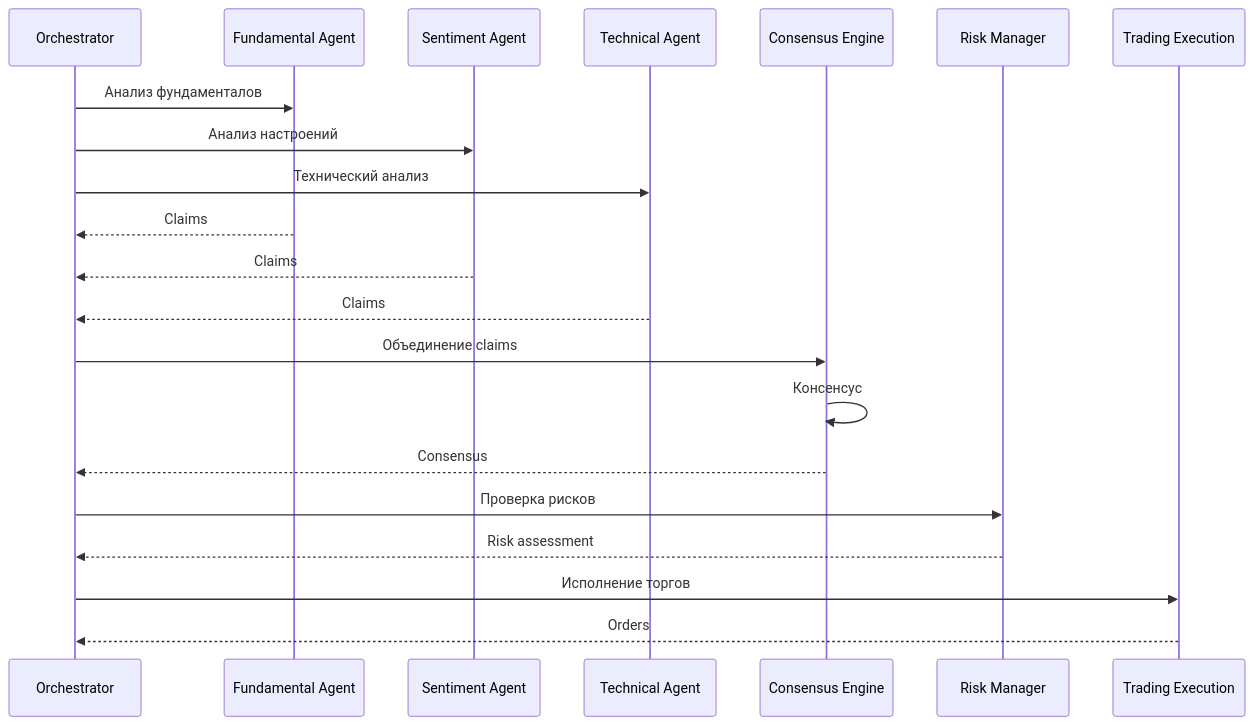
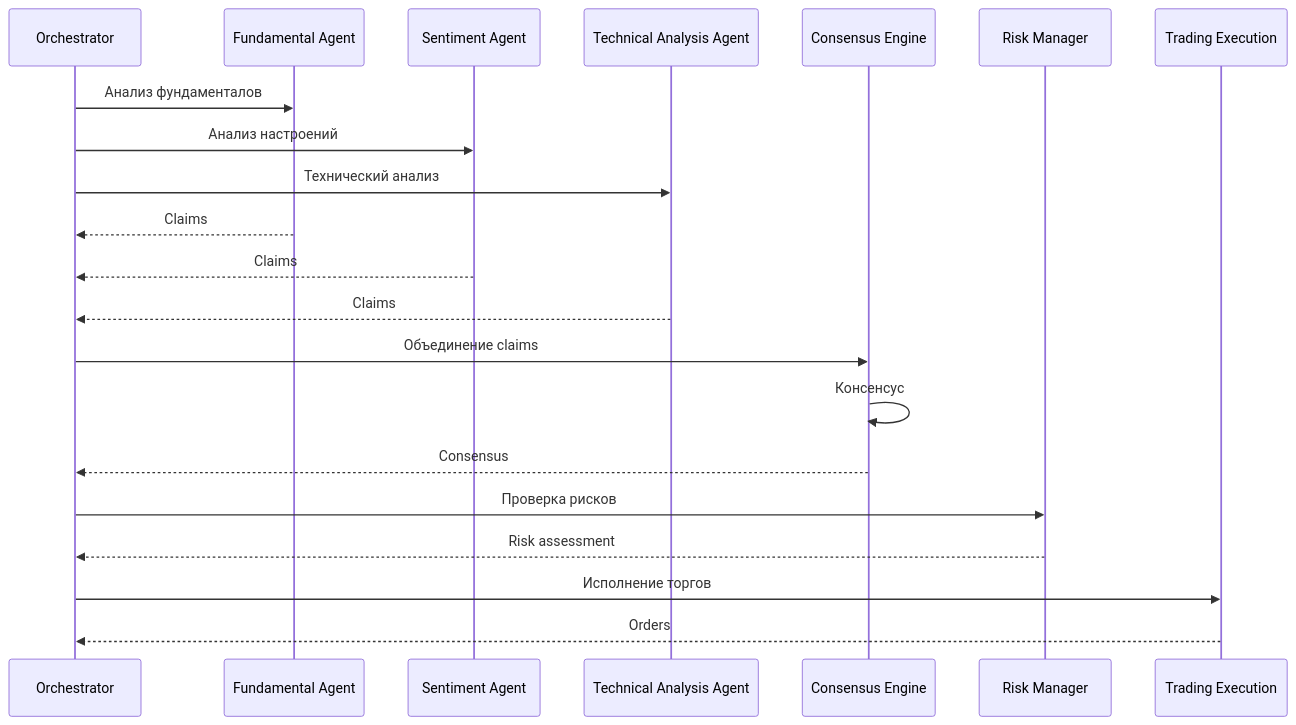
One commit to vlprosvirkin/hedge-fund changed the second of 2 diagrams in docs/ARCHITECTURE.md. Above: the diagram before and after it, drawn with Mermaid. The commit also changed other lines of this file and 78 other files, not shown here.

First line of the commit message:
refactor: update signals adapter architecture and fix fundamental agent data flow

````diff
--- a/docs/ARCHITECTURE.md
+++ b/docs/ARCHITECTURE.md
@@ -89,28 +179,28 @@
 ```mermaid
 sequenceDiagram
     participant O as Orchestrator
     participant FA as Fundamental Agent
     participant SA as Sentiment Agent
-    participant TA as Technical Agent
+    participant TA as Technical Analysis Agent
     participant CE as Consensus Engine
     participant RM as Risk Manager
     participant TE as Trading Execution
     
     O->>FA: Анализ фундаменталов
     O->>SA: Анализ настроений
     O->>TA: Технический анализ
     
     FA-->>O: Claims
     SA-->>O: Claims
     TA-->>O: Claims
     
     O->>CE: Объединение claims
     CE->>CE: Консенсус
     CE-->>O: Consensus
     
     O->>RM: Проверка рисков
     RM-->>O: Risk assessment
     
     O->>TE: Исполнение торгов
     TE-->>O: Orders
 ```
````
